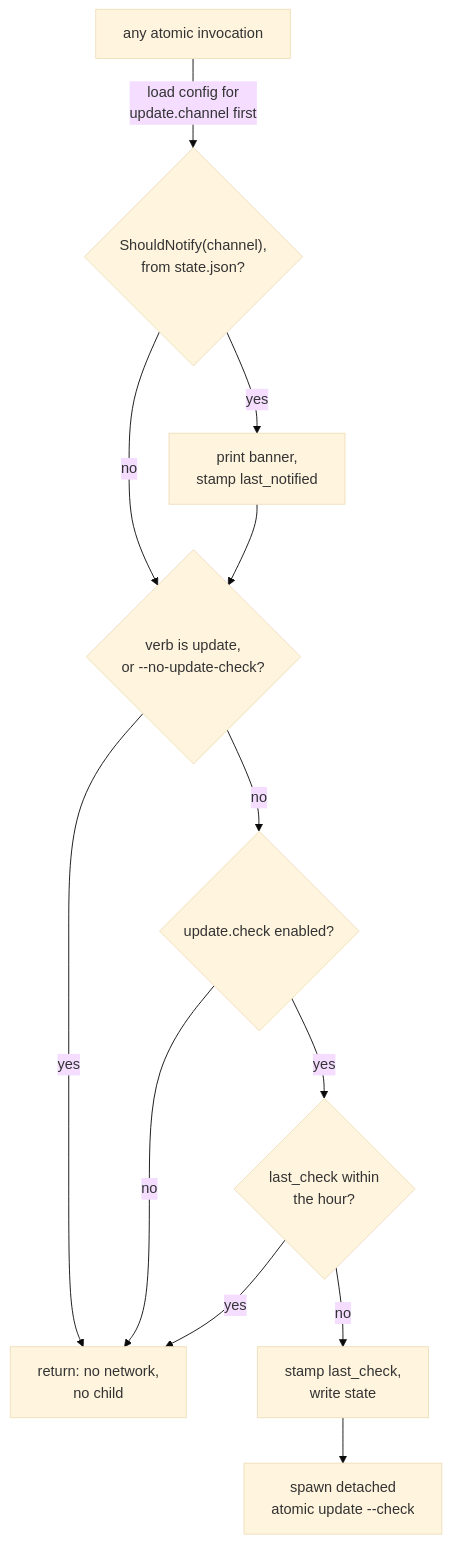
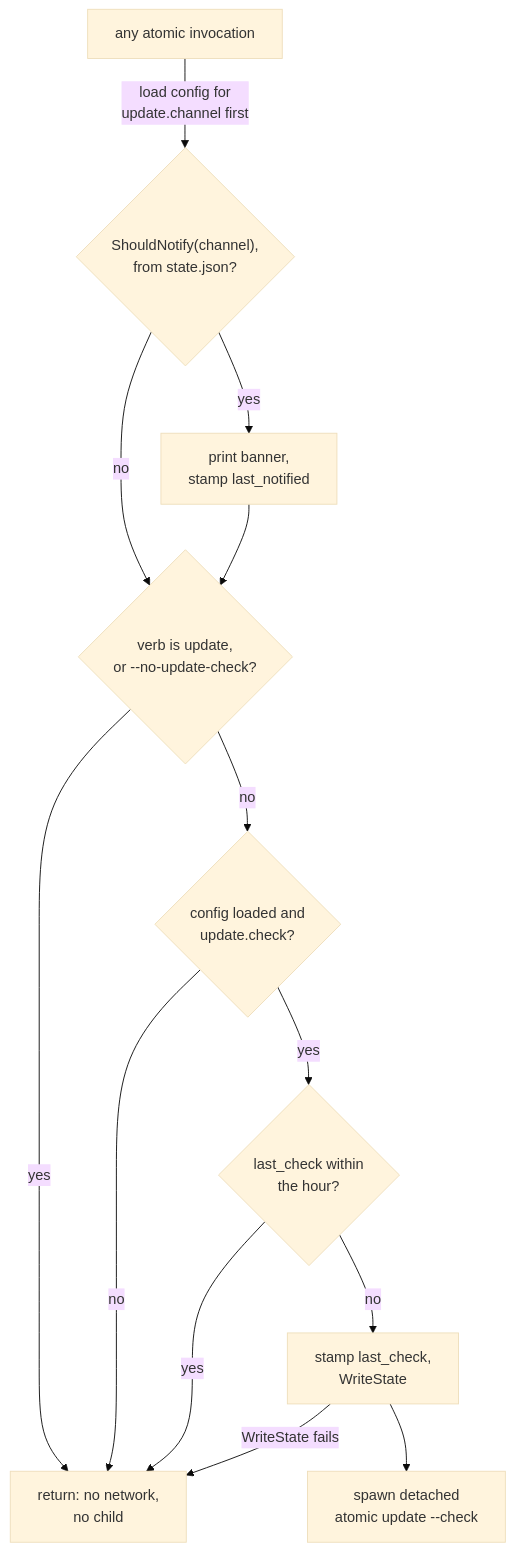
One commit to damusix/atomic-claude changed the eighth of 14 diagrams in docs/wiki/config.md. Above: the diagram before and after it, drawn with Mermaid (base theme). The commit also changed other lines of this file and 19 other files, not shown here.

````diff
--- a/docs/wiki/config.md
+++ b/docs/wiki/config.md
@@ -192,14 +236,15 @@
 ```mermaid
 flowchart TD
     A["any atomic invocation"] -->|"load config for<br/>update.channel first"| B{"ShouldNotify(channel),<br/>from state.json?"}
     B -->|yes| BN["print banner,<br/>stamp last_notified"]
     B -->|no| G1
     BN --> G1{"verb is update,<br/>or --no-update-check?"}
     G1 -->|yes| R["return: no network,<br/>no child"]
-    G1 -->|no| G2{"update.check enabled?"}
+    G1 -->|no| G2{"config loaded and<br/>update.check?"}
     G2 -->|no| R
     G2 -->|yes| G3{"last_check within<br/>the hour?"}
     G3 -->|yes| R
-    G3 -->|no| ST["stamp last_check,<br/>write state"]
+    G3 -->|no| ST["stamp last_check,<br/>WriteState"]
+    ST -->|"WriteState fails"| R
     ST --> SP["spawn detached<br/>atomic update --check"]
 ```
````
